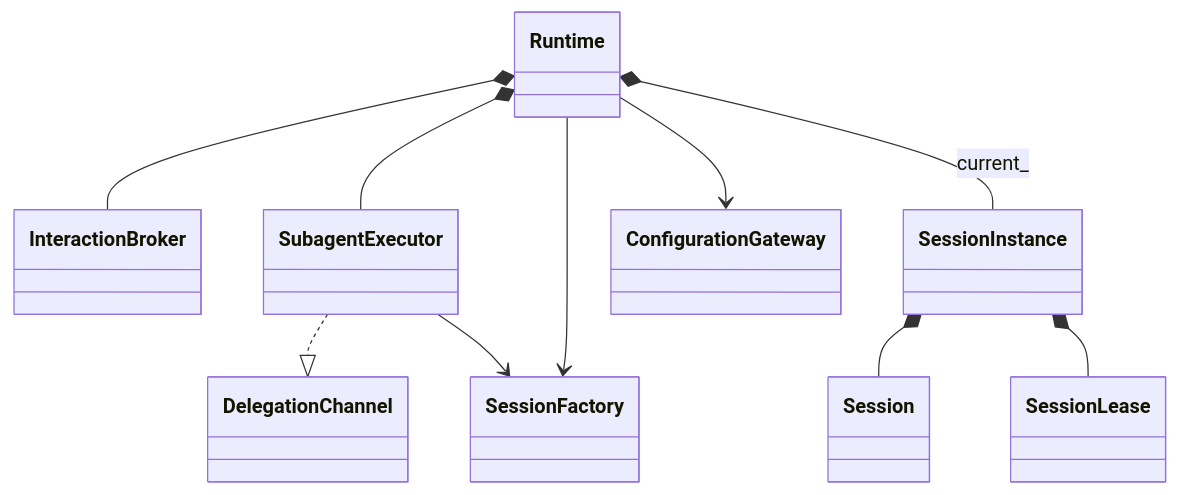
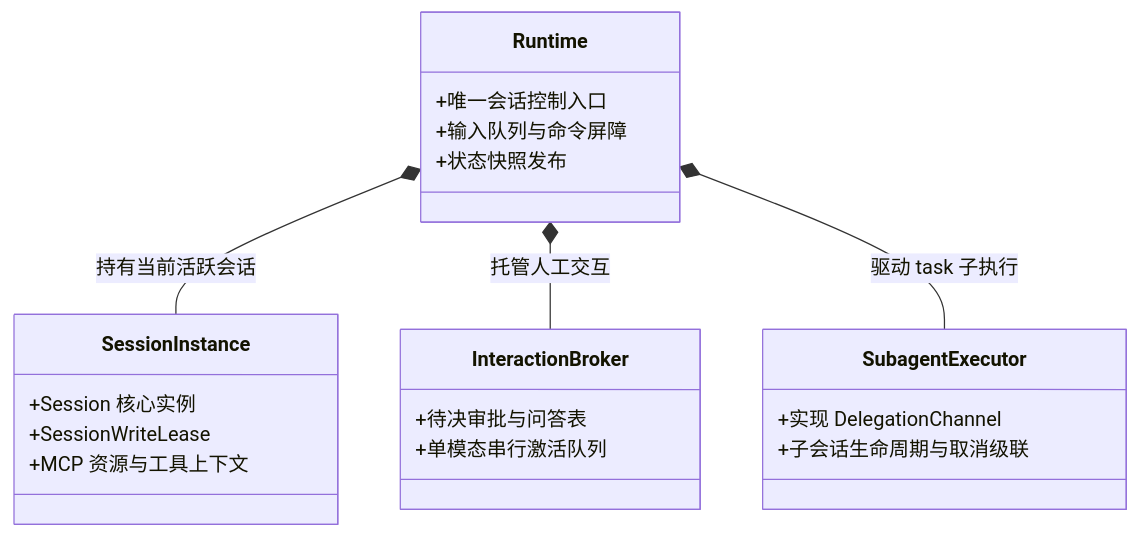
One commit to Summer-DeZ/DAgent changed the first of 2 diagrams in docs/design/runtime.md. Above: the diagram before and after it, drawn with Mermaid. The commit also changed other lines of this file and 22 other files, not shown here.

Commit message:
docs(design): streamline design docs to focus on architecture and core workflows

````diff
--- a/docs/design/runtime.md
+++ b/docs/design/runtime.md
@@ -10,12 +7,24 @@
 ```mermaid
 classDiagram
-    Runtime *-- InteractionBroker
-    Runtime *-- SubagentExecutor
-    Runtime --> SessionFactory
-    Runtime --> ConfigurationGateway
-    Runtime *-- SessionInstance : current_
-    SessionInstance *-- Session
-    SessionInstance *-- SessionLease
-    SubagentExecutor ..|> DelegationChannel
-    SubagentExecutor --> SessionFactory
+    class Runtime {
+        +唯一会话控制入口
+        +输入队列与命令屏障
+        +状态快照发布
+    }
+    class SessionInstance {
+        +Session 核心实例
+        +SessionWriteLease
+        +MCP 资源与工具上下文
+    }
+    class InteractionBroker {
+        +待决审批与问答表
+        +单模态串行激活队列
+    }
+    class SubagentExecutor {
+        +实现 DelegationChannel
+        +子会话生命周期与取消级联
+    }
+    Runtime *-- SessionInstance : 持有当前活跃会话
+    Runtime *-- InteractionBroker : 托管人工交互
+    Runtime *-- SubagentExecutor : 驱动 task 子执行
 ```
````
